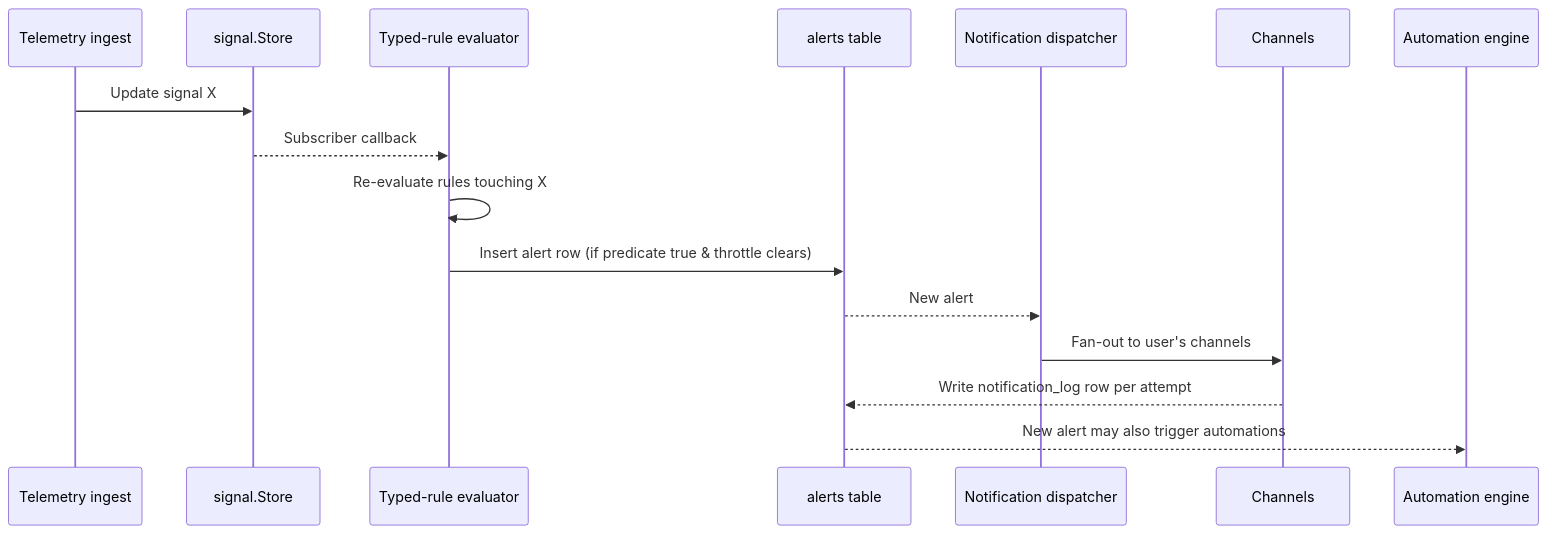
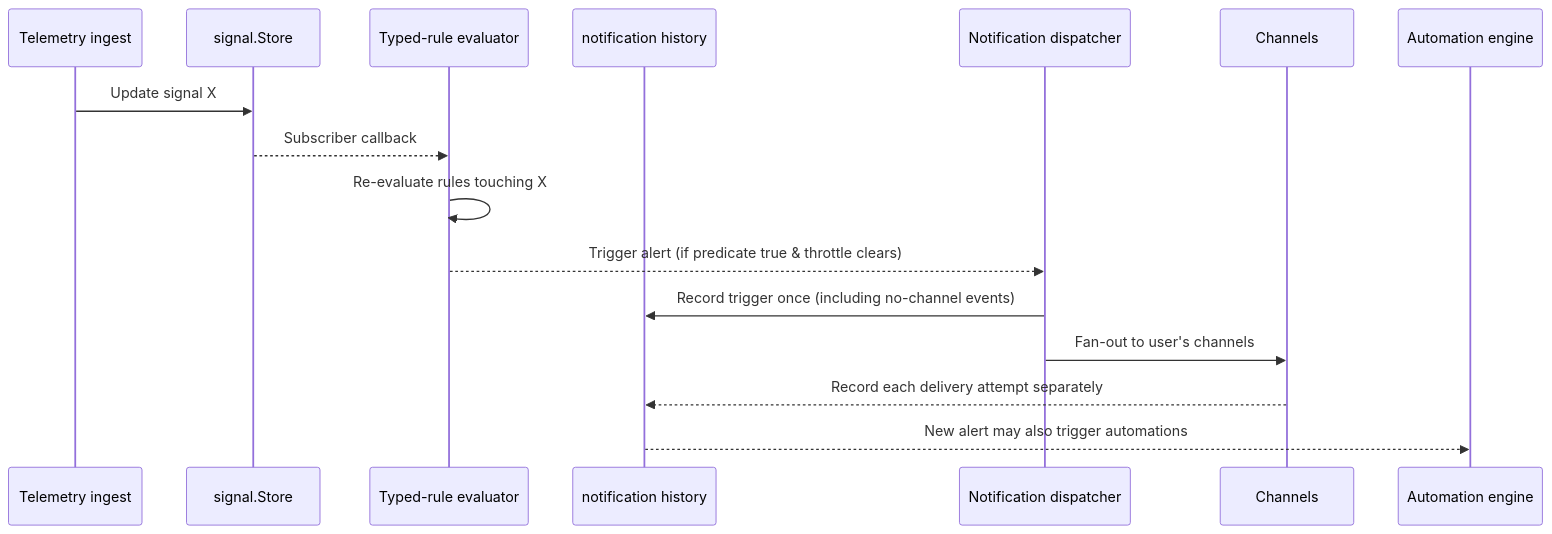
One commit to ev-dev-labs/teslasync changed the diagram in docs/features/alerts.md. Above: the diagram before and after it, drawn with Mermaid. The commit also changed other lines of this file and 102 other files, not shown here.

````diff
--- a/docs/features/alerts.md
+++ b/docs/features/alerts.md
@@ -43,19 +44,19 @@
 ```mermaid
 sequenceDiagram
     participant Tel as Telemetry ingest
     participant L1 as signal.Store
     participant Eval as Typed-rule evaluator
-    participant DB as alerts table
+    participant DB as notification history
     participant Disp as Notification dispatcher
     participant Ch as Channels
     participant Auto as Automation engine
 
     Tel->>L1: Update signal X
     L1-->>Eval: Subscriber callback
     Eval->>Eval: Re-evaluate rules touching X
-    Eval->>DB: Insert alert row (if predicate true & throttle clears)
-    DB-->>Disp: New alert
+    Eval-->>Disp: Trigger alert (if predicate true & throttle clears)
+    Disp->>DB: Record trigger once (including no-channel events)
     Disp->>Ch: Fan-out to user's channels
-    Ch-->>DB: Write notification_log row per attempt
+    Ch-->>DB: Record each delivery attempt separately
     DB-->>Auto: New alert may also trigger automations
 ```
````
